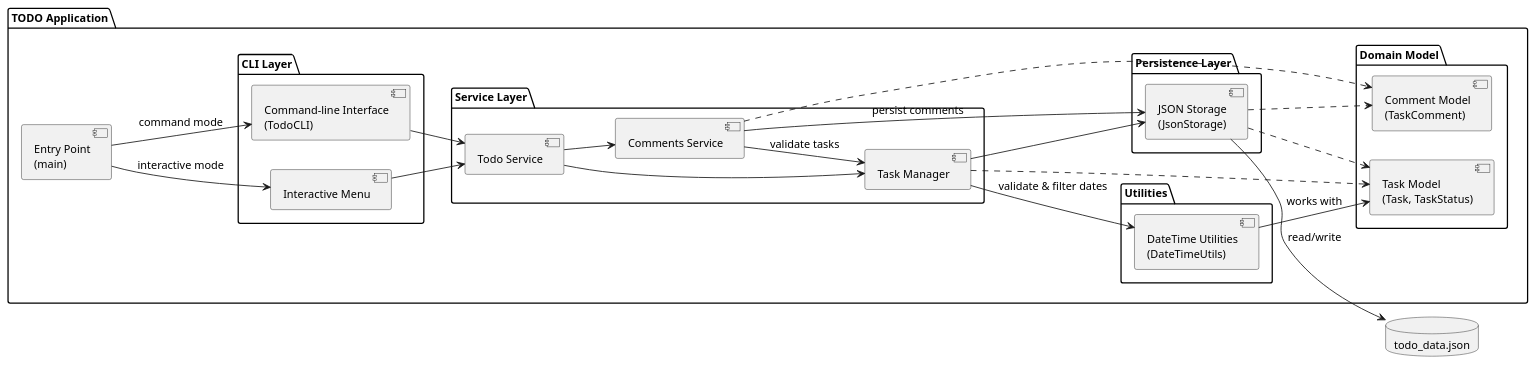
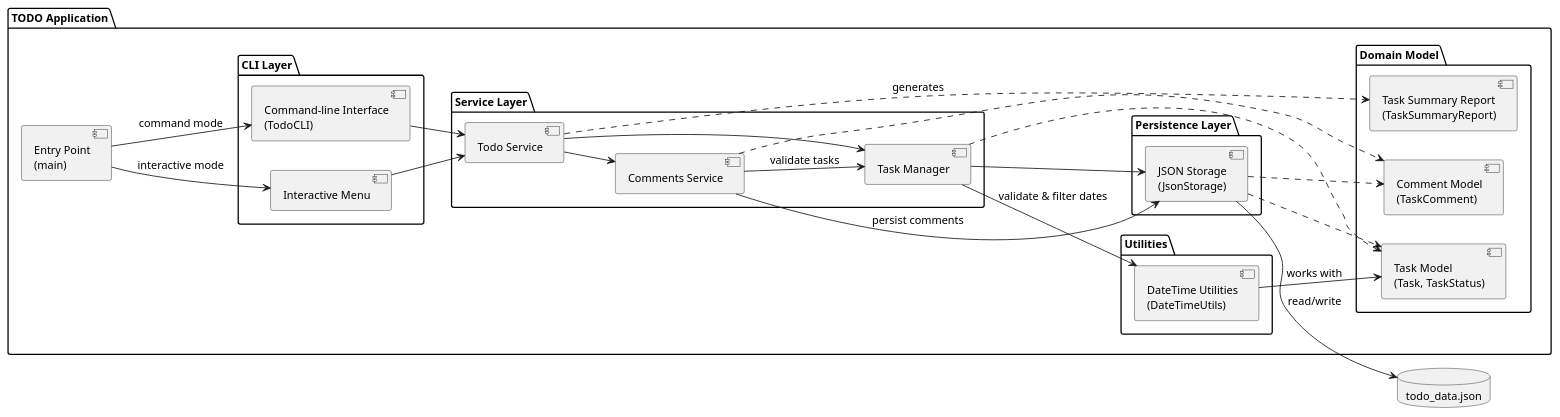
Before and after one commit to DanielRiha8906/Software_autoevolution_using_agents: the diagram in experiments/supervisor_as_tools/user_stories/TODO/artifacts/component_diagram.puml, drawn with PlantUML. The commit also changed 9 other files, not shown here.

```diff
--- a/experiments/supervisor_as_tools/user_stories/TODO/artifacts/component_diagram.puml
+++ b/experiments/supervisor_as_tools/user_stories/TODO/artifacts/component_diagram.puml
@@ -1,61 +1,63 @@
 @startuml component_diagram
 
 skinparam componentStyle uml2
 skinparam defaultFontSize 13
 
 left to right direction
 
 package "TODO Application" {
 
     component "Entry Point\n(main)" as Main
 
     package "CLI Layer" {
         component "Interactive Menu" as IM
         component "Command-line Interface\n(TodoCLI)" as CLI
     }
 
     package "Service Layer" {
         component "Todo Service" as SVC
         component "Task Manager" as MGR
         component "Comments Service" as CMT
     }
 
     package "Domain Model" {
         component "Task Model\n(Task, TaskStatus)" as Model
         component "Comment Model\n(TaskComment)" as CommentModel
+        component "Task Summary Report\n(TaskSummaryReport)" as SummaryModel
     }
 
     package "Utilities" {
         component "DateTime Utilities\n(DateTimeUtils)" as DTUtils
     }
 
     package "Persistence Layer" {
         component "JSON Storage\n(JsonStorage)" as Storage
     }
 }
 
 database "todo_data.json" as DB
 
 Main --> IM : interactive mode
 Main --> CLI : command mode
 
 IM --> SVC
 CLI --> SVC
 
 SVC --> MGR
 SVC --> CMT
+SVC ..> SummaryModel : generates
 
 MGR --> Storage
 MGR --> DTUtils : validate & filter dates
 MGR ..> Model
 CMT --> Storage : persist comments
 CMT --> MGR : validate tasks
 CMT ..> CommentModel
 
 Storage ..> Model
 Storage ..> CommentModel
 DTUtils --> Model : works with
 
 Storage --> DB : read/write
 
 @enduml
```
